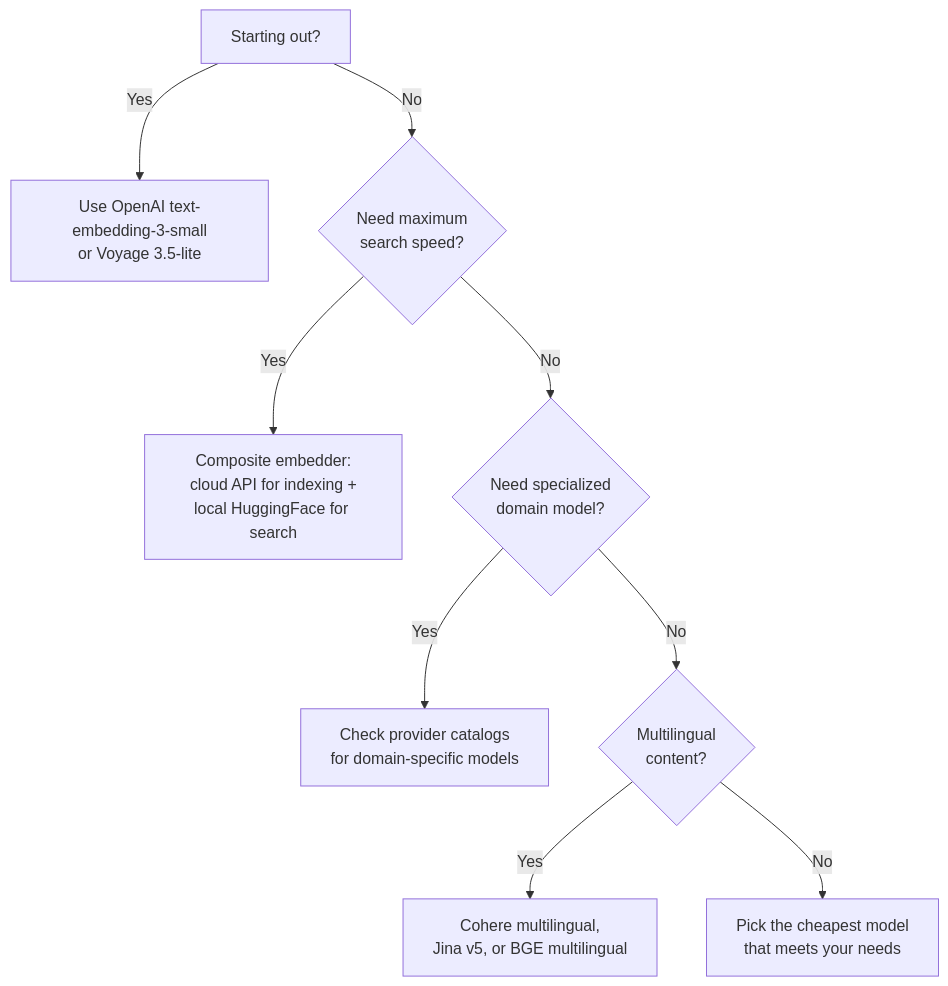
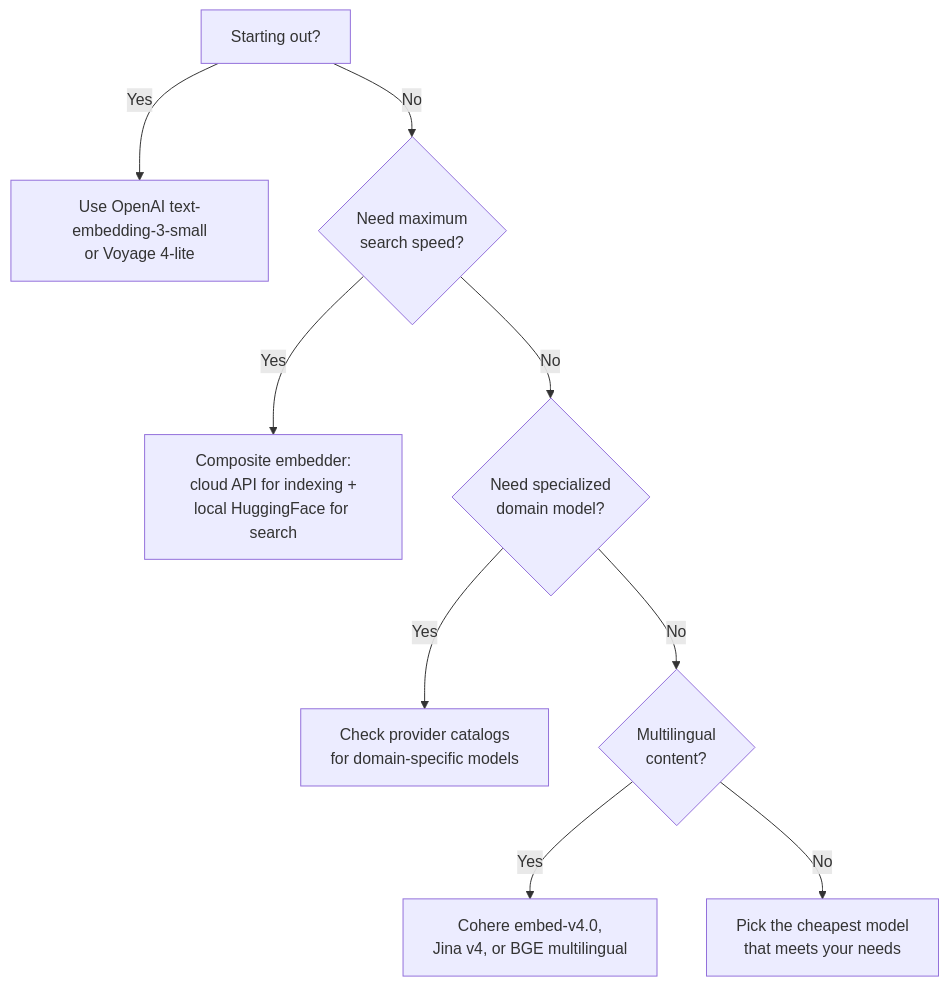
Before and after one commit to meilisearch/documentation: the diagram in capabilities/hybrid_search/how_to/choose_an_embedder.mdx, drawn with Mermaid. The commit also changed other lines of this file and 5 other files, not shown here.

````diff
--- a/capabilities/hybrid_search/how_to/choose_an_embedder.mdx
+++ b/capabilities/hybrid_search/how_to/choose_an_embedder.mdx
@@ -86,11 +86,11 @@
 ```mermaid
 flowchart TD
-    A[Starting out?] -->|Yes| B[Use OpenAI text-embedding-3-small<br/>or Voyage 3.5-lite]
+    A[Starting out?] -->|Yes| B[Use OpenAI text-embedding-3-small<br/>or Voyage 4-lite]
     A -->|No| C{Need maximum<br/>search speed?}
     C -->|Yes| D[Composite embedder:<br/>cloud API for indexing +<br/>local HuggingFace for search]
     C -->|No| E{Need specialized<br/>domain model?}
     E -->|Yes| F[Check provider catalogs<br/>for domain-specific models]
     E -->|No| G{Multilingual<br/>content?}
-    G -->|Yes| H[Cohere multilingual,<br/>Jina v5, or BGE multilingual]
+    G -->|Yes| H[Cohere embed-v4.0,<br/>Jina v4, or BGE multilingual]
     G -->|No| I[Pick the cheapest model<br/>that meets your needs]
 ```
````
